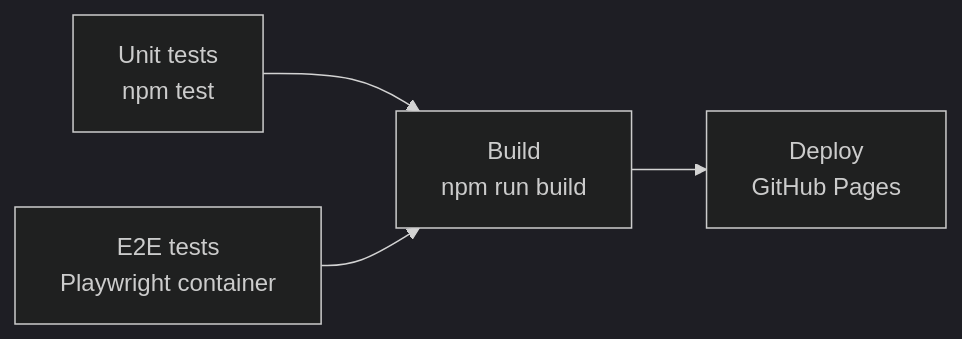
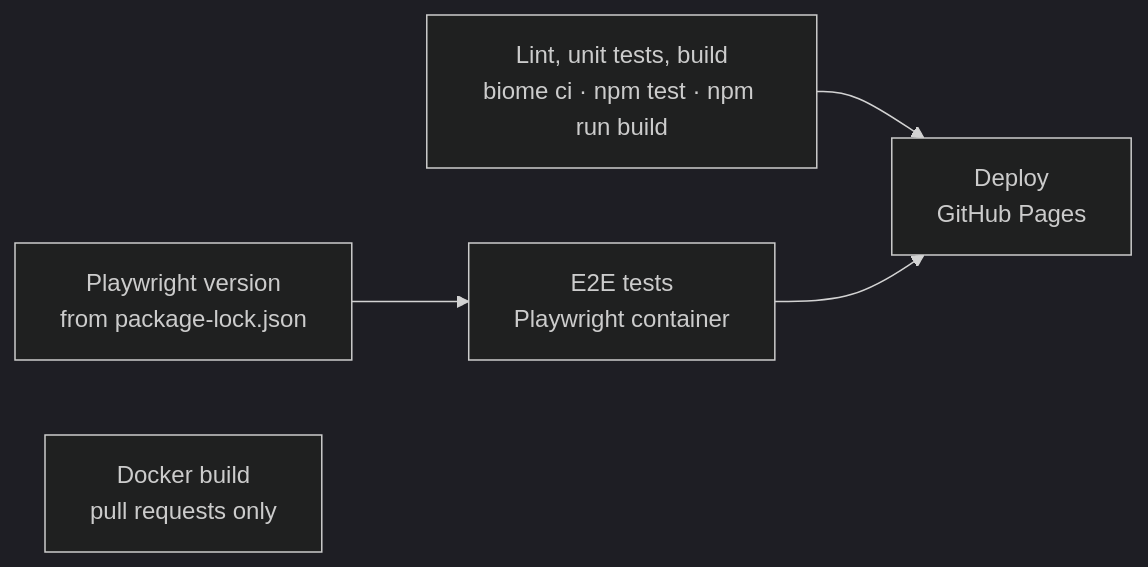
The diagram in docs/testing.md (firsttris/reactive-volcano-app), drawn with Mermaid (dark theme) before and after one commit. The commit also changed other lines of this file and 5 other files, not shown here.

First line of the commit message:
Run CI on pull requests and streamline the build workflow

````diff
--- a/docs/testing.md
+++ b/docs/testing.md
@@ -115,6 +115,7 @@
 ```mermaid
 flowchart LR
-  U["Unit tests<br/>npm test"] --> B["Build<br/>npm run build"]
-  E["E2E tests<br/>Playwright container"] --> B
-  B --> D["Deploy<br/>GitHub Pages"]
+  C["Lint, unit tests, build<br/>biome ci · npm test · npm run build"] --> D["Deploy<br/>GitHub Pages"]
+  V["Playwright version<br/>from package-lock.json"] --> E["E2E tests<br/>Playwright container"]
+  E --> D
+  K["Docker build<br/>pull requests only"]
 ```
````
